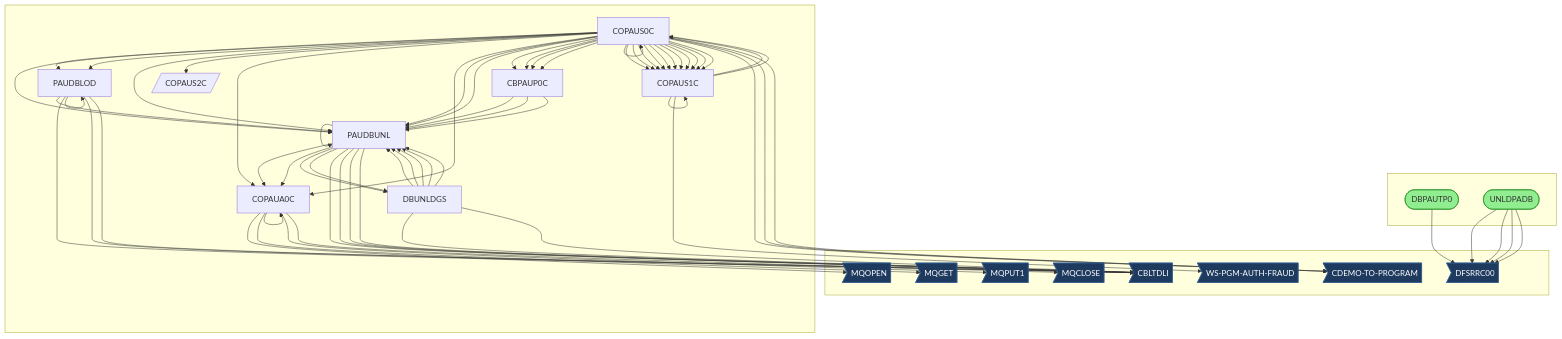
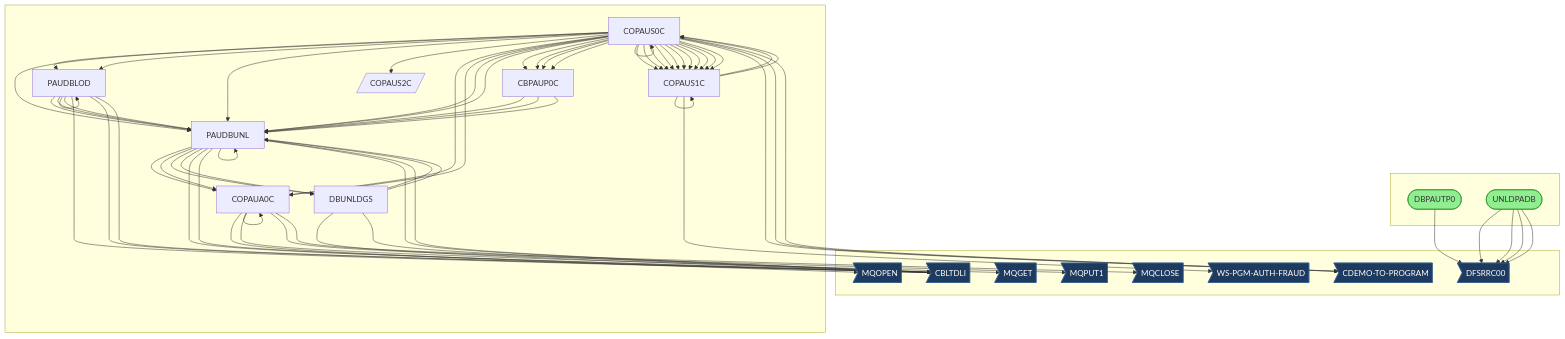
The diagram in example_output/CALL_GRAPH.md (andrasfe/war_rig), drawn with Mermaid before and after one commit. The commit also changed other lines of this file and 113 other files, not shown here.

```diff
--- a/example_output/CALL_GRAPH.md
+++ b/example_output/CALL_GRAPH.md
@@ -148,27 +148,24 @@
     DBPAUTP0 --> DFSRRC00
     DBUNLDGS --> PAUDBUNL
     DBUNLDGS --> PAUDBUNL
-    DBUNLDGS --> PAUDBUNL
-    DBUNLDGS --> PAUDBUNL
-    DBUNLDGS --> PAUDBUNL
     DBUNLDGS --> CBLTDLI
     DBUNLDGS --> CBLTDLI
     PAUDBLOD --> PAUDBLOD
+    PAUDBLOD --> PAUDBUNL
     PAUDBLOD --> PAUDBLOD
     PAUDBLOD --> PAUDBLOD
+    PAUDBLOD --> PAUDBUNL
     PAUDBLOD --> PAUDBUNL
     PAUDBLOD --> CBLTDLI
     PAUDBLOD --> CBLTDLI
     PAUDBLOD --> CBLTDLI
     PAUDBUNL --> PAUDBUNL
-    PAUDBUNL --> PAUDBUNL
-    PAUDBUNL --> PAUDBUNL
     PAUDBUNL --> COPAUA0C
     PAUDBUNL --> COPAUA0C
     PAUDBUNL --> DBUNLDGS
     PAUDBUNL --> PAUDBUNL
+    PAUDBUNL --> PAUDBUNL
     PAUDBUNL --> DBUNLDGS
-    PAUDBUNL --> PAUDBUNL
     PAUDBUNL --> PAUDBUNL
     PAUDBUNL --> CBLTDLI
     PAUDBUNL --> CBLTDLI
```
